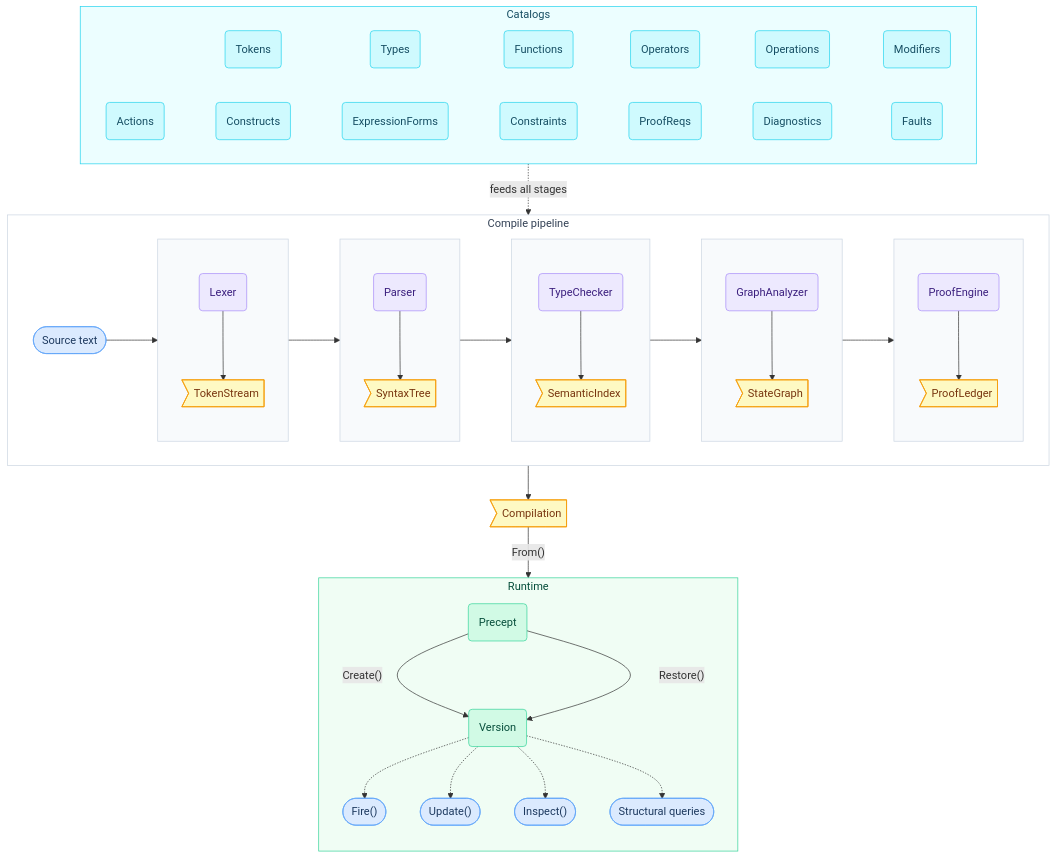
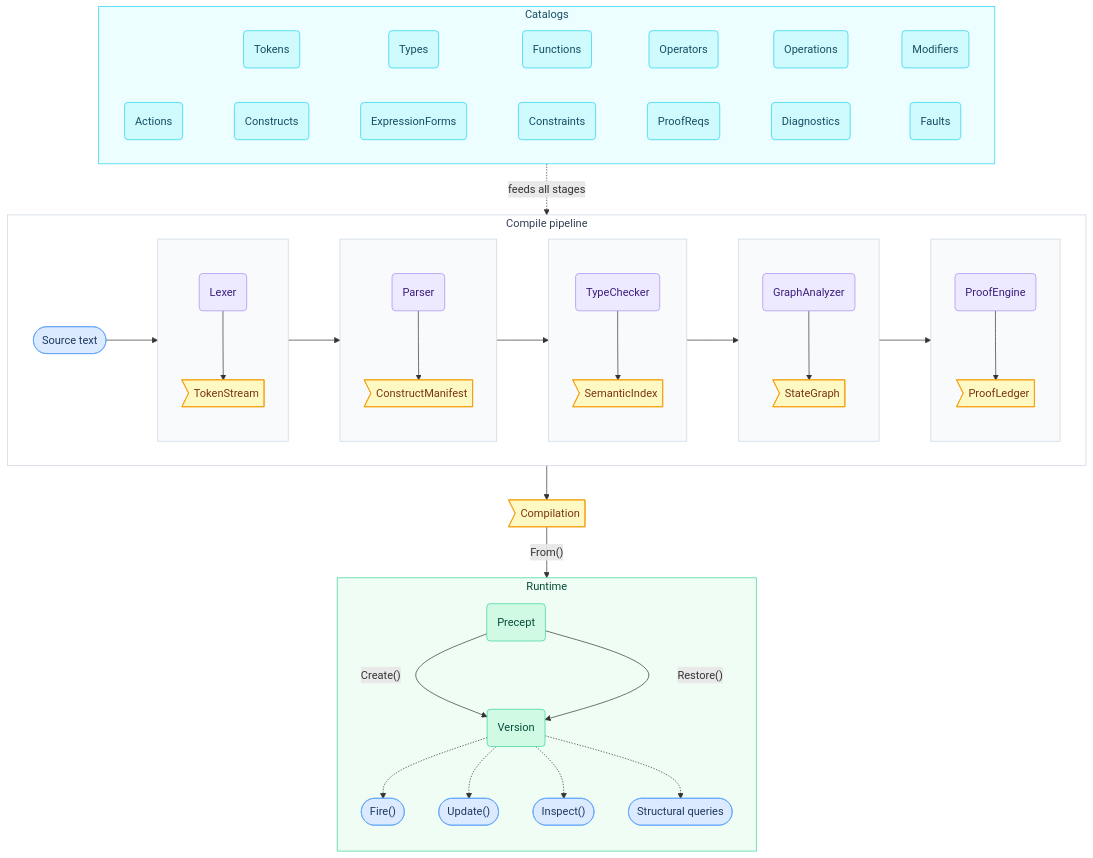
The first of 10 diagrams in docs/compiler-and-runtime-design.md (sfalik/Precept), drawn with Mermaid before and after one commit. The commit also changed other lines of this file and 6 other files, not shown here.

First line of the commit message:
Rename SyntaxTree -> ConstructManifest

````diff
--- a/docs/compiler-and-runtime-design.md
+++ b/docs/compiler-and-runtime-design.md
@@ -61,76 +61,76 @@
 ```mermaid
 flowchart TD
     classDef input    fill:#dbeafe,stroke:#60a5fa,color:#1e3a5f
     classDef catalog  fill:#cffafe,stroke:#22d3ee,color:#164e63
     classDef stage    fill:#ede9fe,stroke:#a78bfa,color:#3b1f7e
     classDef artifact fill:#fef3c7,stroke:#f59e0b,color:#78350f
     classDef out      fill:#fef9c3,stroke:#f59e0b,color:#78350f
     classDef runtime  fill:#d1fae5,stroke:#34d399,color:#064e3b
 
     PR(Precept):::runtime
     V(Version):::runtime
     INS(["Inspect()"]):::input
     SQ([Structural queries]):::input
     FIR(["Fire()"]):::input
     UPD(["Update()"]):::input
 
     subgraph COMPILE[Compile pipeline]
         direction LR
 
         SRC([Source text]):::input
 
         subgraph c1[ ]
             direction TB
             LEX(Lexer):::stage --> TS>"TokenStream"]:::out
         end
         subgraph c2[ ]
             direction TB
-            PAR(Parser):::stage --> ST>"SyntaxTree"]:::out
+            PAR(Parser):::stage --> ST>"ConstructManifest"]:::out
         end
         subgraph c3[ ]
             direction TB
             TC(TypeChecker):::stage --> SI>"SemanticIndex"]:::out
         end
         subgraph c4[ ]
             direction TB
             GA(GraphAnalyzer):::stage --> SG>"StateGraph"]:::out
         end
         subgraph c5[ ]
             direction TB
             PE(ProofEngine):::stage --> PL>"ProofLedger"]:::out
         end
 
         SRC --> c1 --> c2 --> c3 --> c4 --> c5
     end
 
     CR>"Compilation"]:::out
 
     subgraph CATALOGS[Catalogs]
         direction LR
         TOK(Tokens):::catalog ~~~ TYP(Types):::catalog ~~~ FUN(Functions):::catalog ~~~ OPR(Operators):::catalog ~~~ OPN(Operations):::catalog ~~~ MOD(Modifiers):::catalog
         ACT(Actions):::catalog ~~~ CON(Constructs):::catalog ~~~ EXP(ExpressionForms):::catalog ~~~ CST(Constraints):::catalog ~~~ PRQ(ProofReqs):::catalog ~~~ DIA(Diagnostics):::catalog ~~~ FLT(Faults):::catalog
     end
 
     CATALOGS -. feeds all stages .-> COMPILE
     COMPILE --> CR
     CR -- "From()" --> PR
 
     subgraph RUNTIME[Runtime]
         direction TB
         PR -- "Create()" --> V
         PR -- "Restore()" --> V
         V -.-> FIR
         V -.-> UPD
         V -.-> INS
         V -.-> SQ
     end
 
     style COMPILE  fill:#ffffff,stroke:#cbd5e1,color:#334155
     style RUNTIME  fill:#f0fdf4,stroke:#34d399,color:#064e3b
     style CATALOGS fill:#ecfeff,stroke:#22d3ee,color:#164e63
     style c1 fill:#f8fafc,stroke:#cbd5e1
     style c2 fill:#f8fafc,stroke:#cbd5e1
     style c3 fill:#f8fafc,stroke:#cbd5e1
     style c4 fill:#f8fafc,stroke:#cbd5e1
     style c5 fill:#f8fafc,stroke:#cbd5e1
 ```
````
